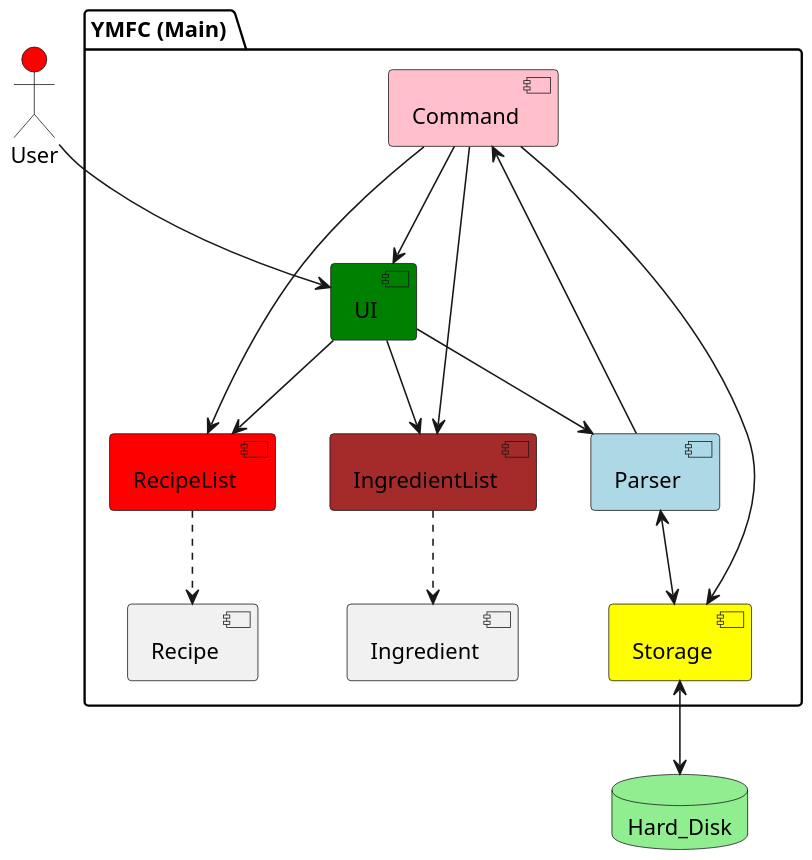
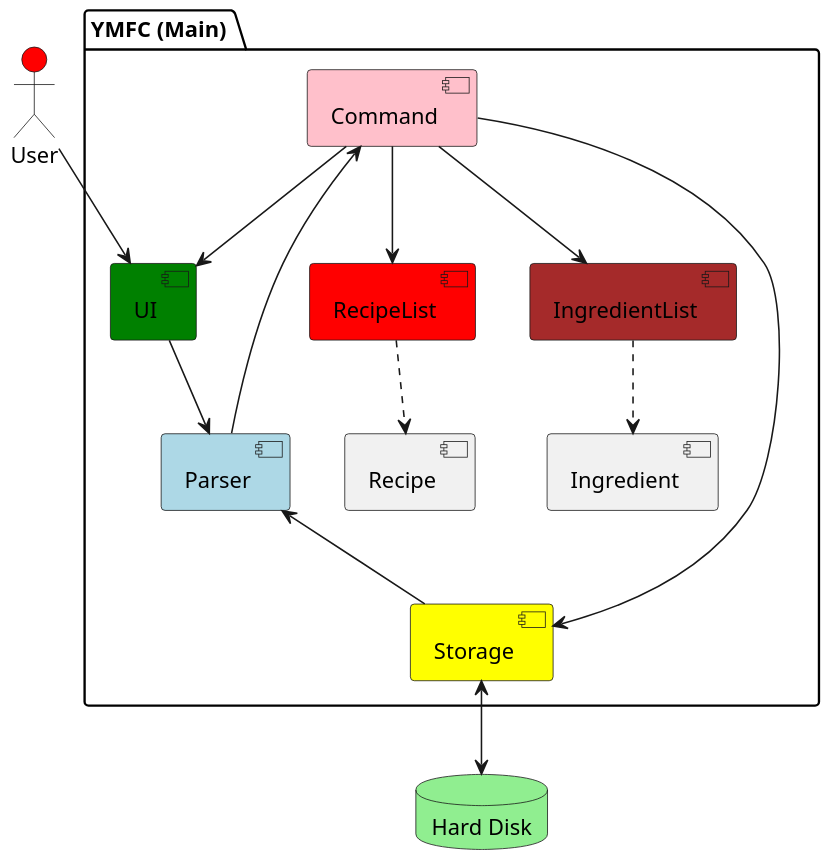
The diagram in docs/puml/ClassDiagrams/ArchitectureDiagram.puml (nus-cs2113-AY2425S1/tp), drawn with PlantUML before and after one commit. The commit also changed other lines of this file and 3 other files, not shown here.

First line of the commit message:
Add Architecture Diagram to DG

```diff
--- a/docs/puml/ClassDiagrams/ArchitectureDiagram.puml
+++ b/docs/puml/ClassDiagrams/ArchitectureDiagram.puml
@@ -1,34 +2,30 @@
 @startuml
 skinparam dpi 150
 
 actor User as user #Red
 package "YMFC (Main) " {
     [UI] #Green
     [Parser] #LIGHTBLUE
     [RecipeList] #Red
     [IngredientList] #Brown
     [Storage] #Yellow
     [Recipe]
     [Ingredient]
     [Command] #Pink
 }
 
-database "Hard_Disk" #LIGHTGREEN
+database "Hard Disk" as hard_disk #LIGHTGREEN
 
 user --> UI
 UI --> Parser
-UI --> RecipeList
-UI --> IngredientList
 RecipeList ..> Recipe
 Command <-- Parser
 Command --> UI
 Command --> Storage
 Command --> RecipeList
 Command --> IngredientList
-Parser <--> Storage
-
+Parser <-- Storage
 IngredientList ..> Ingredient
-
-Storage <--> Hard_Disk
+Storage <--> hard_disk
 
 @enduml
```
